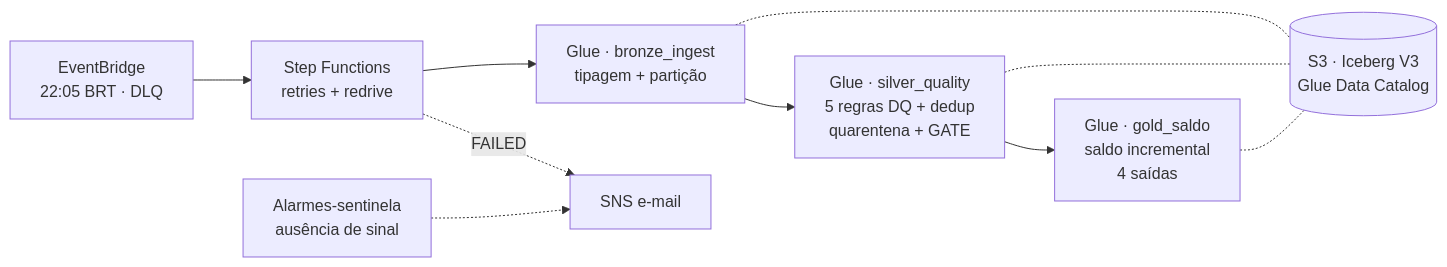
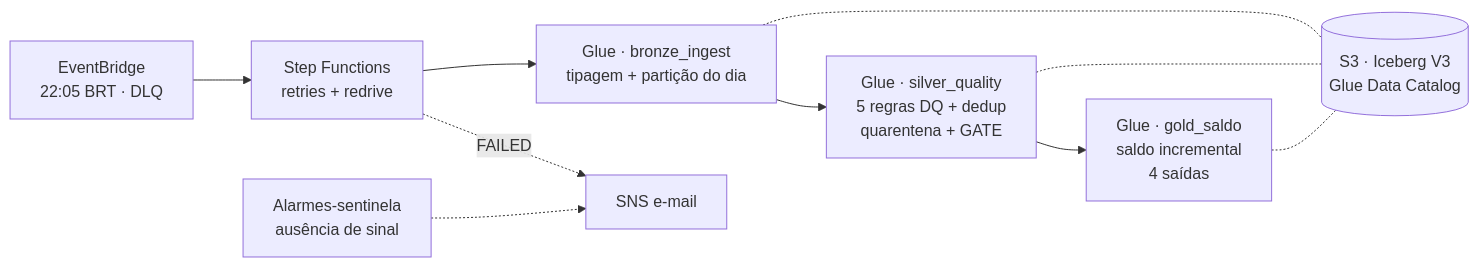
Before and after one commit to carlosr-data2/pipeline-saldo-por-contrato: the diagram in README.md, drawn with Mermaid. The commit also changed other lines of this file and 18 other files, not shown here.

Commit message:
feat: labs AWS: Bronze por partição do dia (ADR-014), dataset sintético e medição de vazão

````diff
--- a/README.md
+++ b/README.md
@@ -20,10 +20,10 @@
 ```mermaid
 flowchart LR
     EB["EventBridge<br/>22:05 BRT · DLQ"] --> SFN["Step Functions<br/>retries + redrive"]
-    SFN --> J1["Glue · bronze_ingest<br/>tipagem + partição"]
+    SFN --> J1["Glue · bronze_ingest<br/>tipagem + partição do dia"]
     J1 --> J2["Glue · silver_quality<br/>5 regras DQ + dedup<br/>quarentena + GATE"]
     J2 --> J3["Glue · gold_saldo<br/>saldo incremental<br/>4 saídas"]
     J1 & J2 & J3 -.- ICE[("S3 · Iceberg V3<br/>Glue Data Catalog")]
     SFN -.->|FAILED| SNS["SNS e-mail"]
     CW["Alarmes-sentinela<br/>ausência de sinal"] -.-> SNS
 ```
````
